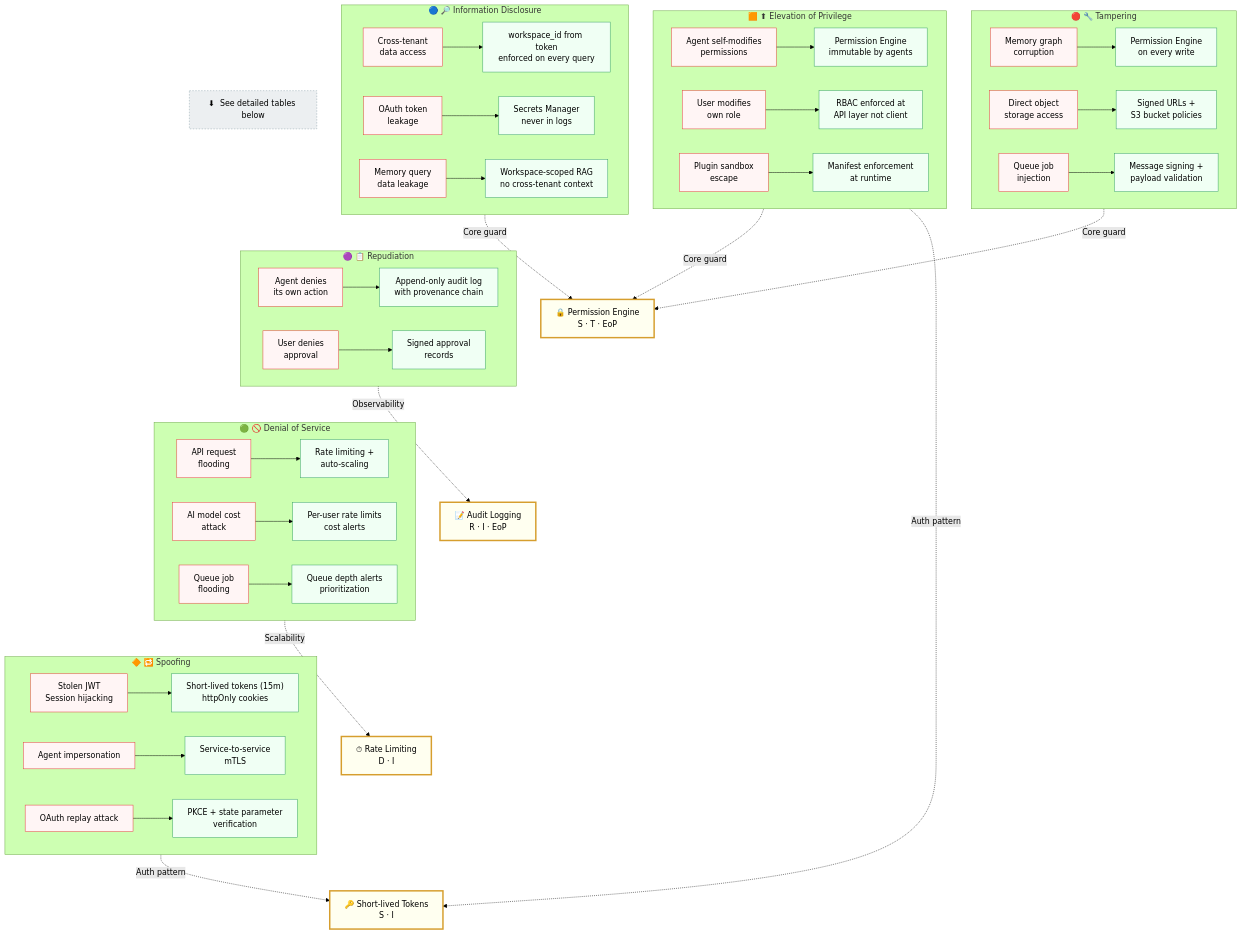
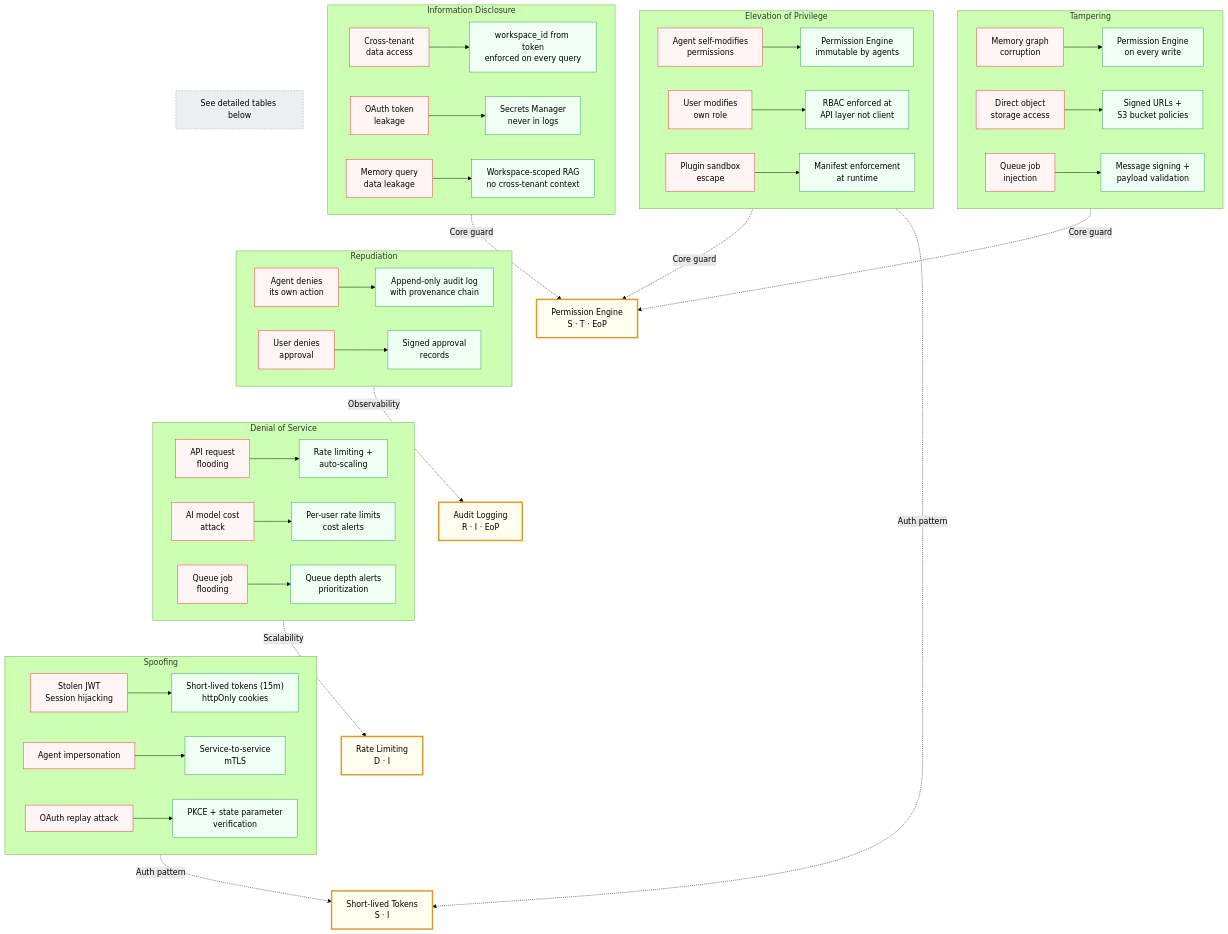
One commit to Driftloom/Vaeloom changed the second of 3 diagrams in docs/security/Threat-Model.md. Above: the diagram before and after it, drawn with Mermaid (forest theme). The commit also changed other lines of this file and 694 other files, not shown here.

First line of the commit message:
docs: mermaid standardization — encoding/mermaid/duplicate cleanup

````diff
--- a/docs/security/Threat-Model.md
+++ b/docs/security/Threat-Model.md
@@ -96,78 +96,78 @@
 ```mermaid
 flowchart TB
-    %% ── Style definitions ──
-    classDef spoofing fill:#fff3e0,stroke:#e65100,color:#000
-    classDef tampering fill:#fce4ec,stroke:#c62828,color:#000
-    classDef repudiation fill:#f3e5f5,stroke:#6a1b9a,color:#000
-    classDef disclosure fill:#e3f2fd,stroke:#1565c0,color:#000
-    classDef denial fill:#e8f5e9,stroke:#2e7d32,color:#000
-    classDef elevation fill:#fbe9e7,stroke:#bf360c,color:#000
-    classDef attack fill:#fff5f5,stroke:#e53e3e,color:#000
-    classDef mitigation fill:#f0fff4,stroke:#38a169,color:#000
-    classDef crossCutting fill:#fffff0,stroke:#d69e2e,stroke-width:3px,color:#000
-    classDef badge fill:#eceff1,stroke:#90a4ae,color:#000,stroke-dasharray:3 3
+ %% ── Style definitions ──
+ classDef spoofing fill:#fff3e0,stroke:#e65100,color:#000
+ classDef tampering fill:#fce4ec,stroke:#c62828,color:#000
+ classDef repudiation fill:#f3e5f5,stroke:#6a1b9a,color:#000
+ classDef disclosure fill:#e3f2fd,stroke:#1565c0,color:#000
+ classDef denial fill:#e8f5e9,stroke:#2e7d32,color:#000
+ classDef elevation fill:#fbe9e7,stroke:#bf360c,color:#000
+ classDef attack fill:#fff5f5,stroke:#e53e3e,color:#000
+ classDef mitigation fill:#f0fff4,stroke:#38a169,color:#000
+ classDef crossCutting fill:#fffff0,stroke:#d69e2e,stroke-width:3px,color:#000
+ classDef badge fill:#eceff1,stroke:#90a4ae,color:#000,stroke-dasharray:3 3
 
-    %% ═══════════════ Spoofing ═══════════════
-    subgraph Spoofing["🔶 🔁  Spoofing"]
-        direction LR
-        S1["Stolen JWT<br/>Session hijacking"]:::attack --> S2["Short-lived tokens (15m)<br/>httpOnly cookies"]:::mitigation
-        S3["Agent impersonation"]:::attack --> S4["Service-to-service<br/>mTLS"]:::mitigation
-        S5["OAuth replay attack"]:::attack --> S6["PKCE + state parameter<br/>verification"]:::mitigation
-    end
+ %% ═══════════════ Spoofing ═══════════════
+ subgraph Spoofing["Spoofing"]
+ direction LR
+ S1["Stolen JWT<br/>Session hijacking"]:::attack--> S2["Short-lived tokens (15m)<br/>httpOnly cookies"]:::mitigation
+ S3["Agent impersonation"]:::attack--> S4["Service-to-service<br/>mTLS"]:::mitigation
+ S5["OAuth replay attack"]:::attack--> S6["PKCE + state parameter<br/>verification"]:::mitigation
+ end
 
-    %% ═══════════════ Tampering ═══════════════
-    subgraph Tampering["🔴 🔧  Tampering"]
-        direction LR
-        T1["Memory graph<br/>corruption"]:::attack --> T2["Permission Engine<br/>on every write"]:::mitigation
-        T3["Direct object<br/>storage access"]:::attack --> T4["Signed URLs +<br/>S3 bucket policies"]:::mitigation
-        T5["Queue job<br/>injection"]:::attack --> T6["Message signing +<br/>payload validation"]:::mitigation
-    end
+ %% ═══════════════ Tampering ═══════════════
+ subgraph Tampering["Tampering"]
+ direction LR
+ T1["Memory graph<br/>corruption"]:::attack--> T2["Permission Engine<br/>on every write"]:::mitigation
+ T3["Direct object<br/>storage access"]:::attack--> T4["Signed URLs +<br/>S3 bucket policies"]:::mitigation
+ T5["Queue job<br/>injection"]:::attack--> T6["Message signing +<br/>payload validation"]:::mitigation
+ end
 
-    %% ═══════════════ Repudiation ═══════════════
-    subgraph Repudiation["🟣 📋  Repudiation"]
-        direction LR
-        R1["Agent denies<br/>its own action"]:::attack --> R2["Append-only audit log<br/>with provenance chain"]:::mitigation
-        R3["User denies<br/>approval"]:::attack --> R4["Signed approval<br/>records"]:::mitigation
-    end
+ %% ═══════════════ Repudiation ═══════════════
+ subgraph Repudiation["Repudiation"]
+ direction LR
+ R1["Agent denies<br/>its own action"]:::attack--> R2["Append-only audit log<br/>with provenance chain"]:::mitigation
+ R3["User denies<br/>approval"]:::attack--> R4["Signed approval<br/>records"]:::mitigation
+ end
 
-    %% ═══════════════ Information Disclosure ═══════════════
-    subgraph Disclosure["🔵 🔎  Information Disclosure"]
-        direction LR
-        D1["Cross-tenant<br/>data access"]:::attack --> D2["workspace_id from token<br/>enforced on every query"]:::mitigation
-        D3["OAuth token<br/>leakage"]:::attack --> D4["Secrets Manager<br/>never in logs"]:::mitigation
-        D5["Memory query<br/>data leakage"]:::attack --> D6["Workspace-scoped RAG<br/>no cross-tenant context"]:::mitigation
-    end
+ %% ═══════════════ Information Disclosure ═══════════════
+ subgraph Disclosure["Information Disclosure"]
+ direction LR
+ D1["Cross-tenant<br/>data access"]:::attack--> D2["workspace_id from token<br/>enforced on every query"]:::mitigation
+ D3["OAuth token<br/>leakage"]:::attack--> D4["Secrets Manager<br/>never in logs"]:::mitigation
+ D5["Memory query<br/>data leakage"]:::attack--> D6["Workspace-scoped RAG<br/>no cross-tenant context"]:::mitigation
+ end
 
-    %% ═══════════════ Denial of Service ═══════════════
-    subgraph Denial["🟢 🚫  Denial of Service"]
-        direction LR
-        N1["API request<br/>flooding"]:::attack --> N2["Rate limiting +<br/>auto-scaling"]:::mitigation
-        N3["AI model cost<br/>attack"]:::attack --> N4["Per-user rate limits<br/>cost alerts"]:::mitigation
-        N5["Queue job<br/>flooding"]:::attack --> N6["Queue depth alerts<br/>prioritization"]:::mitigation
-    end
+ %% ═══════════════ Denial of Service ═══════════════
+ subgraph Denial["Denial of Service"]
+ direction LR
+ N1["API request<br/>flooding"]:::attack--> N2["Rate limiting +<br/>auto-scaling"]:::mitigation
+ N3["AI model cost<br/>attack"]:::attack--> N4["Per-user rate limits<br/>cost alerts"]:::mitigation
+ N5["Queue job<br/>flooding"]:::attack--> N6["Queue depth alerts<br/>prioritization"]:::mitigation
+ end
 
-    %% ═══════════════ Elevation of Privilege ═══════════════
-    subgraph Elevation["🟧 ⬆  Elevation of Privilege"]
-        direction LR
-        E1["Agent self-modifies<br/>permissions"]:::attack --> E2["Permission Engine<br/>immutable by agents"]:::mitigation
-        E3["User modifies<br/>own role"]:::attack --> E4["RBAC enforced at<br/>API layer not client"]:::mitigation
-        E5["Plugin sandbox<br/>escape"]:::attack --> E6["Manifest enforcement<br/>at runtime"]:::mitigation
-    end
+ %% ═══════════════ Elevation of Privilege ═══════════════
+ subgraph Elevation["Elevation of Privilege"]
+ direction LR
+ E1["Agent self-modifies<br/>permissions"]:::attack--> E2["Permission Engine<br/>immutable by agents"]:::mitigation
+ E3["User modifies<br/>own role"]:::attack--> E4["RBAC enforced at<br/>API layer not client"]:::mitigation
+ E5["Plugin sandbox<br/>escape"]:::attack--> E6["Manifest enforcement<br/>at runtime"]:::mitigation
+ end
 
-    %% ═══════════════ Cross-Cutting Mitigations ═══════════════
-    C1["🔒  Permission Engine<br/>S · T · EoP"]:::crossCutting
-    C2["📝  Audit Logging<br/>R · I · EoP"]:::crossCutting
-    C3["⏱  Rate Limiting<br/>D · I"]:::crossCutting
-    C4["🔑  Short-lived Tokens<br/>S · I"]:::crossCutting
+ %% ═══════════════ Cross-Cutting Mitigations ═══════════════
+ C1["Permission Engine<br/>S · T · EoP"]:::crossCutting
+ C2["Audit Logging<br/>R · I · EoP"]:::crossCutting
+ C3["Rate Limiting<br/>D · I"]:::crossCutting
+ C4["Short-lived Tokens<br/>S · I"]:::crossCutting
 
-    S2 -.->|Auth pattern| C4
-    T2 -.->|Core guard| C1
-    E2 -.->|Core guard| C1
-    E4 -.->|Auth pattern| C4
-    R2 -.->|Observability| C2
-    D2 -.->|Core guard| C1
-    N2 -.->|Scalability| C3
+ S2 -.->|Auth pattern| C4
+ T2 -.->|Core guard| C1
+ E2 -.->|Core guard| C1
+ E4 -.->|Auth pattern| C4
+ R2 -.->|Observability| C2
+ D2 -.->|Core guard| C1
+ N2 -.->|Scalability| C3
 
-    LINK ~~~ C1 ~~~ C2 ~~~ C3 ~~~ C4
-    LINK["⬇  See detailed tables below"]:::badge
+ LINK ~~~ C1 ~~~ C2 ~~~ C3 ~~~ C4
+ LINK["See detailed tables below"]:::badge
 ```
````
